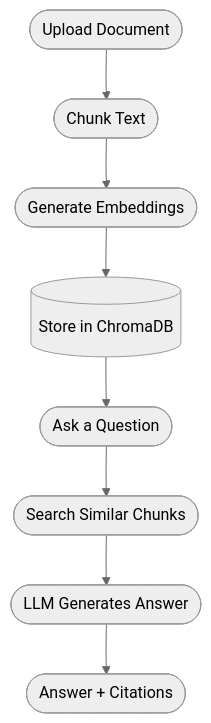
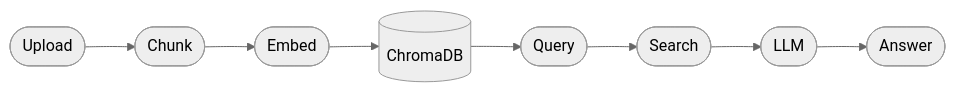
The first of 4 diagrams in README.md (prthmmkhija1/RAGsystem), drawn with Mermaid (neutral theme) before and after one commit. The commit also changed other lines of this file, not shown here.

Commit message:
Clean horizontal mermaid diagrams

````diff
--- a/README.md
+++ b/README.md
@@ -11,6 +11,5 @@
 ```mermaid
-flowchart TD
-    A([Upload Document]) --> B([Chunk Text]) --> C([Generate Embeddings]) --> D[(Store in ChromaDB)]
-    D --> E([Ask a Question]) --> F([Search Similar Chunks])
-    F --> G([LLM Generates Answer]) --> H([Answer + Citations])
+flowchart LR
+    A([Upload]) --> B([Chunk]) --> C([Embed]) --> D[(ChromaDB)]
+    D --> E([Query]) --> F([Search]) --> G([LLM]) --> H([Answer])
 ```
````
